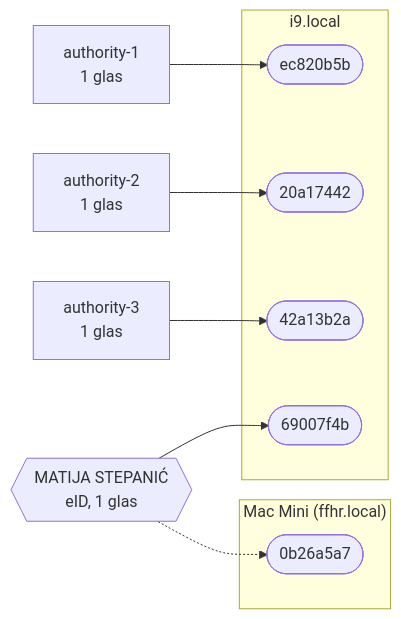
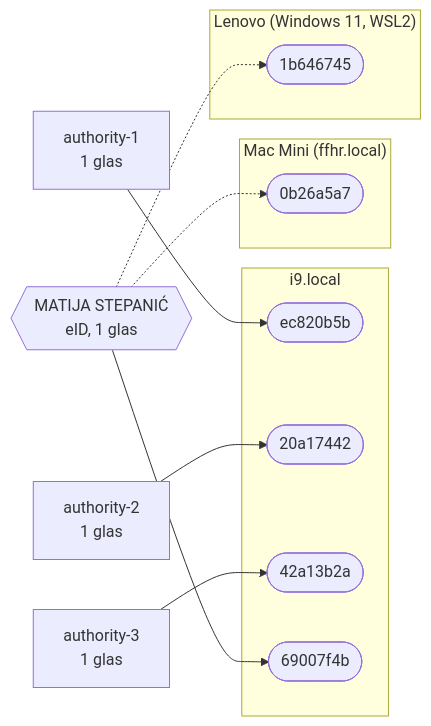
Before and after one commit to stepanic/eidchain: the second of 2 diagrams in docs/chain-map.md, drawn with Mermaid. The commit also changed other lines of this file and 3 other files, not shown here.

First line of the commit message:
docs: Lenovo u WSL2 je treći javni čvor i registrirani eID validator

````diff
--- a/docs/chain-map.md
+++ b/docs/chain-map.md
@@ -27,21 +32,25 @@
 ```mermaid
 flowchart LR
   subgraph https___eidchain_i9_domovina_ai_chain["i9.local"]
     kec820b5b(["ec820b5b"])
     k20a17442(["20a17442"])
     k42a13b2a(["42a13b2a"])
     k69007f4b(["69007f4b"])
   end
   subgraph https___eidchain_mini_domovina_ai_chain["Mac Mini (ffhr.local)"]
     k0b26a5a7(["0b26a5a7"])
   end
+  subgraph https___eidchain_lenovo_domovina_ai_chain["Lenovo (Windows 11, WSL2)"]
+    k1b646745(["1b646745"])
+  end
   p_ec820b5bcccb6158029e61781c563b67404143861b4f1733bbadddc51e3adddb["authority-1<br/>1 glas"]
   p_ec820b5bcccb6158029e61781c563b67404143861b4f1733bbadddc51e3adddb --> kec820b5b
   p_20a1744217a1faf7afea715c47a4193ac6c6cc900b742aec19150521504c0da7["authority-2<br/>1 glas"]
   p_20a1744217a1faf7afea715c47a4193ac6c6cc900b742aec19150521504c0da7 --> k20a17442
   p_42a13b2a6791e32f84c24653fa0e4f22d96bab61a0363c41937b864e96f53466["authority-3<br/>1 glas"]
   p_42a13b2a6791e32f84c24653fa0e4f22d96bab61a0363c41937b864e96f53466 --> k42a13b2a
   p_MATIJA_STEPANI_{{"MATIJA STEPANIĆ<br/>eID, 1 glas"}}
   p_MATIJA_STEPANI_ --> k69007f4b
   p_MATIJA_STEPANI_ -.-> k0b26a5a7
+  p_MATIJA_STEPANI_ -.-> k1b646745
 ```
````
